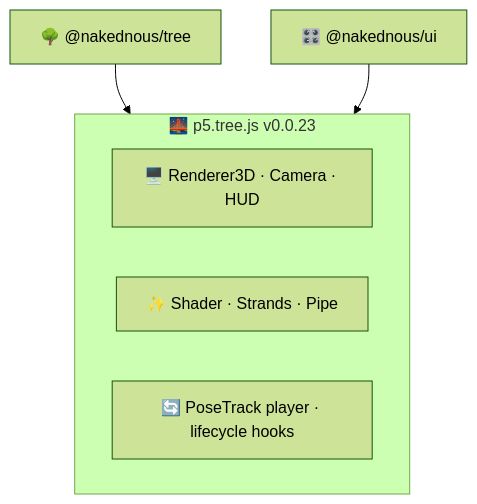
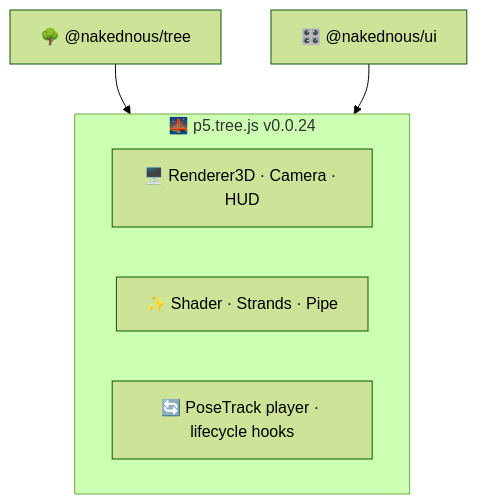
One commit to ABJ-d/tree changed the third of 8 diagrams in slides.md. Above: the diagram before and after it, drawn with Mermaid (forest theme). The commit also changed other lines of this file and 3 other files, not shown here.

````diff
--- a/slides.md
+++ b/slides.md
@@ -97,14 +97,14 @@
 ```mermaid
 flowchart TB
   T["🌳 @nakednous/tree"]
   U["🎛️ @nakednous/ui"]
 
-  subgraph P["🌉 p5.tree.js v0.0.23"]
+  subgraph P["🌉 p5.tree.js v0.0.24"]
     p1["🖥️ Renderer3D · Camera · HUD"]
     p2["✨ Shader · Strands · Pipe"]
     p3["🔄 PoseTrack player · lifecycle hooks"]
   end
 
   T --> P
   U --> P
 ```
````
